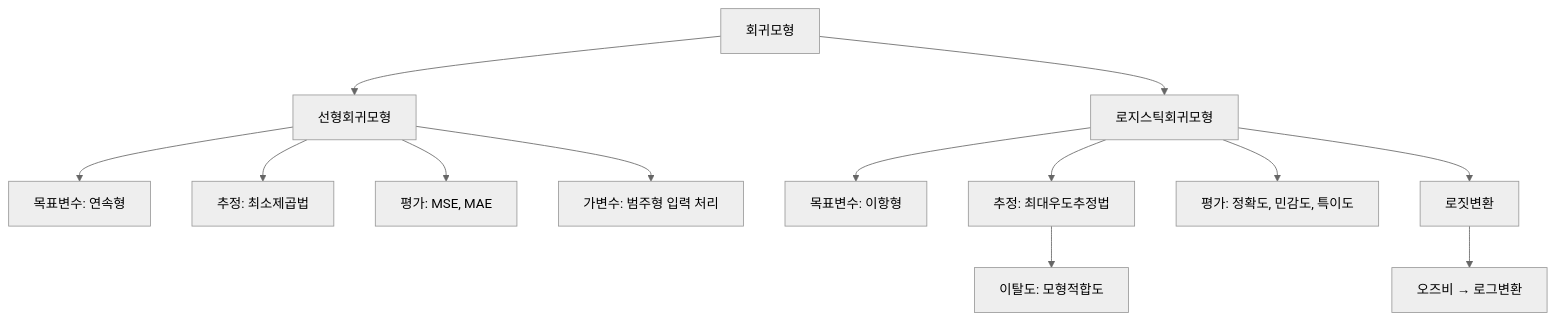
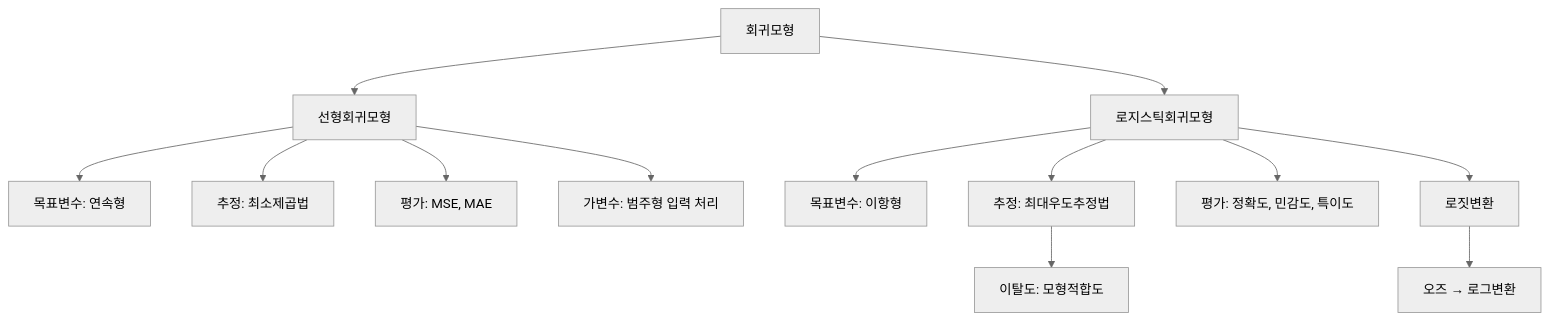
The diagram in subjects/4-1/데이터마이닝/2강. 회귀모형 Ⅰ.md (yang-heeseok/University_KNOU), drawn with Mermaid (neutral theme) before and after one commit. The commit also changed other lines of this file and 33 other files, not shown here.

````diff
--- a/subjects/4-1/데이터마이닝/2강. 회귀모형 Ⅰ.md
+++ b/subjects/4-1/데이터마이닝/2강. 회귀모형 Ⅰ.md
@@ -78,15 +102,15 @@
 ```mermaid
 graph TD
     A[회귀모형] --> B[선형회귀모형]
     A --> C[로지스틱회귀모형]
     B --> D[목표변수: 연속형]
     B --> E[추정: 최소제곱법]
     B --> F[평가: MSE, MAE]
     C --> G[목표변수: 이항형]
     C --> H[추정: 최대우도추정법]
     C --> I[평가: 정확도, 민감도, 특이도]
     C --> J[로짓변환]
-    J --> K[오즈비 → 로그변환]
+    J --> K[오즈 → 로그변환]
     B --> L[가변수: 범주형 입력 처리]
     H --> M[이탈도: 모형적합도]
 ```
````
